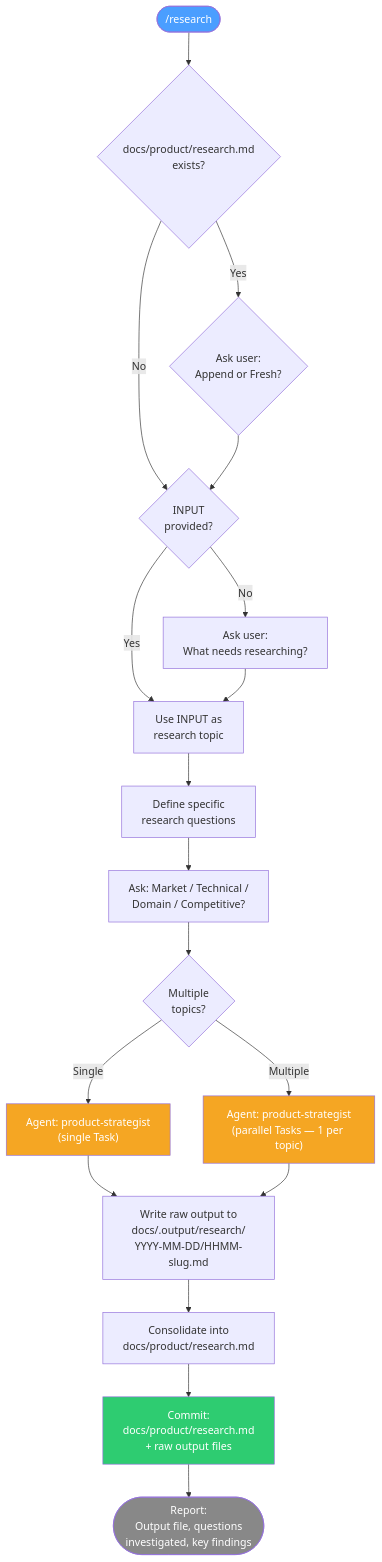
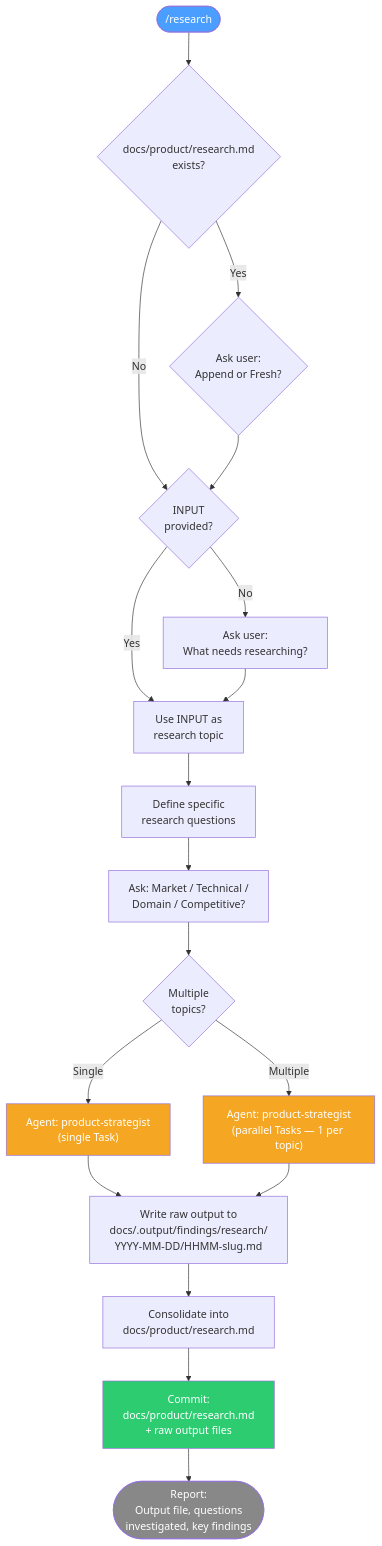
Before and after one commit to Domdhi/Agents.Domdhi: the second of 37 diagrams in docs/reference/commands.md, drawn with Mermaid. The commit also changed other lines of this file and 185 other files, not shown here.

````diff
--- a/docs/reference/commands.md
+++ b/docs/reference/commands.md
@@ -120,31 +120,31 @@
 ```mermaid
 flowchart TD
     START(["/research"]) --> CHK{docs/product/research.md\nexists?}
     CHK -->|Yes| ASK_MODE{Ask user:\nAppend or Fresh?}
     CHK -->|No| CHK_INPUT{INPUT\nprovided?}
     ASK_MODE --> CHK_INPUT
 
     CHK_INPUT -->|Yes| TOPIC[Use INPUT as\nresearch topic]
     CHK_INPUT -->|No| ASK_TOPIC[Ask user:\nWhat needs researching?]
     ASK_TOPIC --> TOPIC
 
     TOPIC --> DEFINE[Define specific\nresearch questions]
     DEFINE --> ASK_TYPE[Ask: Market / Technical /\nDomain / Competitive?]
 
     ASK_TYPE --> MULTI{Multiple\ntopics?}
     MULTI -->|Single| SINGLE["Agent: product-strategist\n(single Task)"]
     MULTI -->|Multiple| PARALLEL["Agent: product-strategist\n(parallel Tasks — 1 per topic)"]
 
-    SINGLE --> RAW[Write raw output to\ndocs/.output/research/\nYYYY-MM-DD/HHMM-slug.md]
+    SINGLE --> RAW[Write raw output to\ndocs/.output/findings/research/\nYYYY-MM-DD/HHMM-slug.md]
     PARALLEL --> RAW
 
     RAW --> CONSOLIDATE[Consolidate into\ndocs/product/research.md]
     CONSOLIDATE --> COMMIT["Commit:\ndocs/product/research.md\n+ raw output files"]
     COMMIT --> REPORT(["Report:\nOutput file, questions\ninvestigated, key findings"])
 
     style START fill:#4a9eff,color:#fff
     style SINGLE fill:#f5a623,color:#fff
     style PARALLEL fill:#f5a623,color:#fff
     style COMMIT fill:#2ecc71,color:#fff
     style REPORT fill:#888,color:#fff
 ```
````
